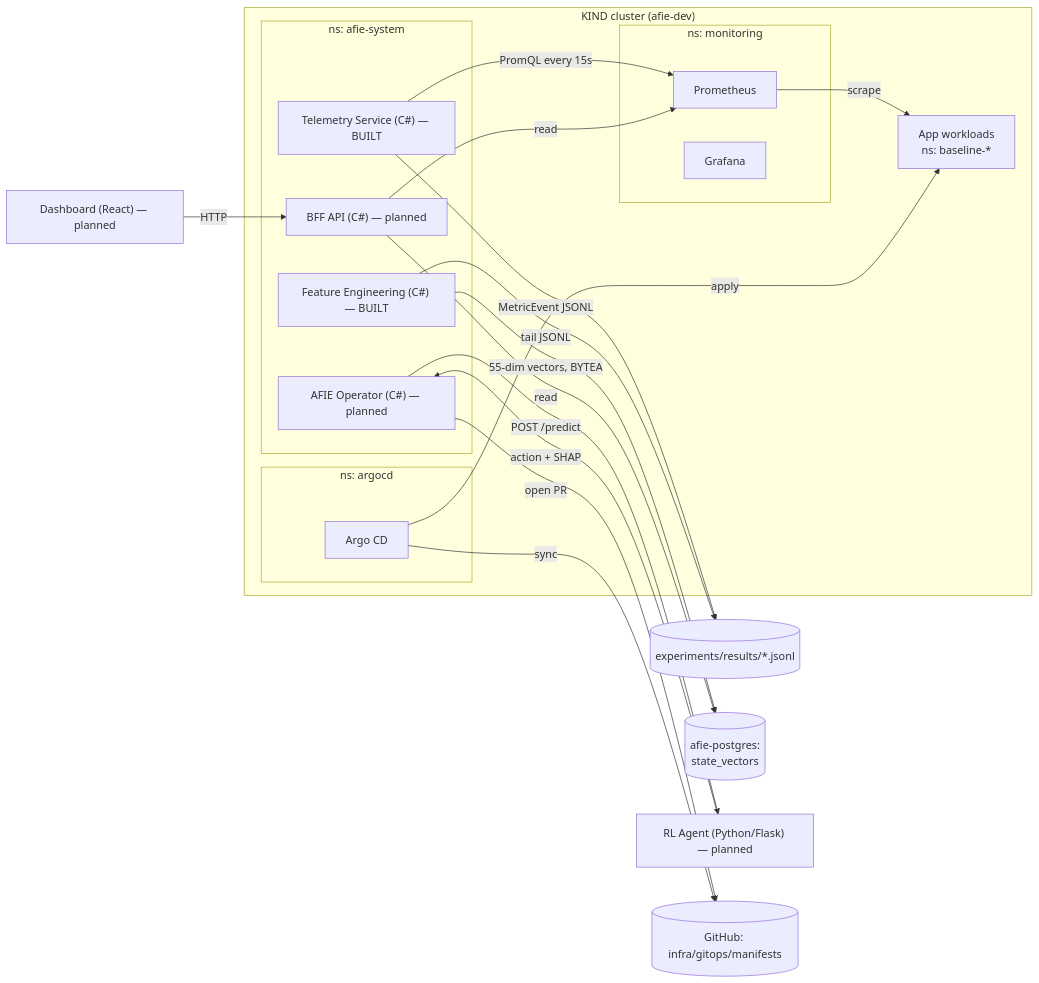
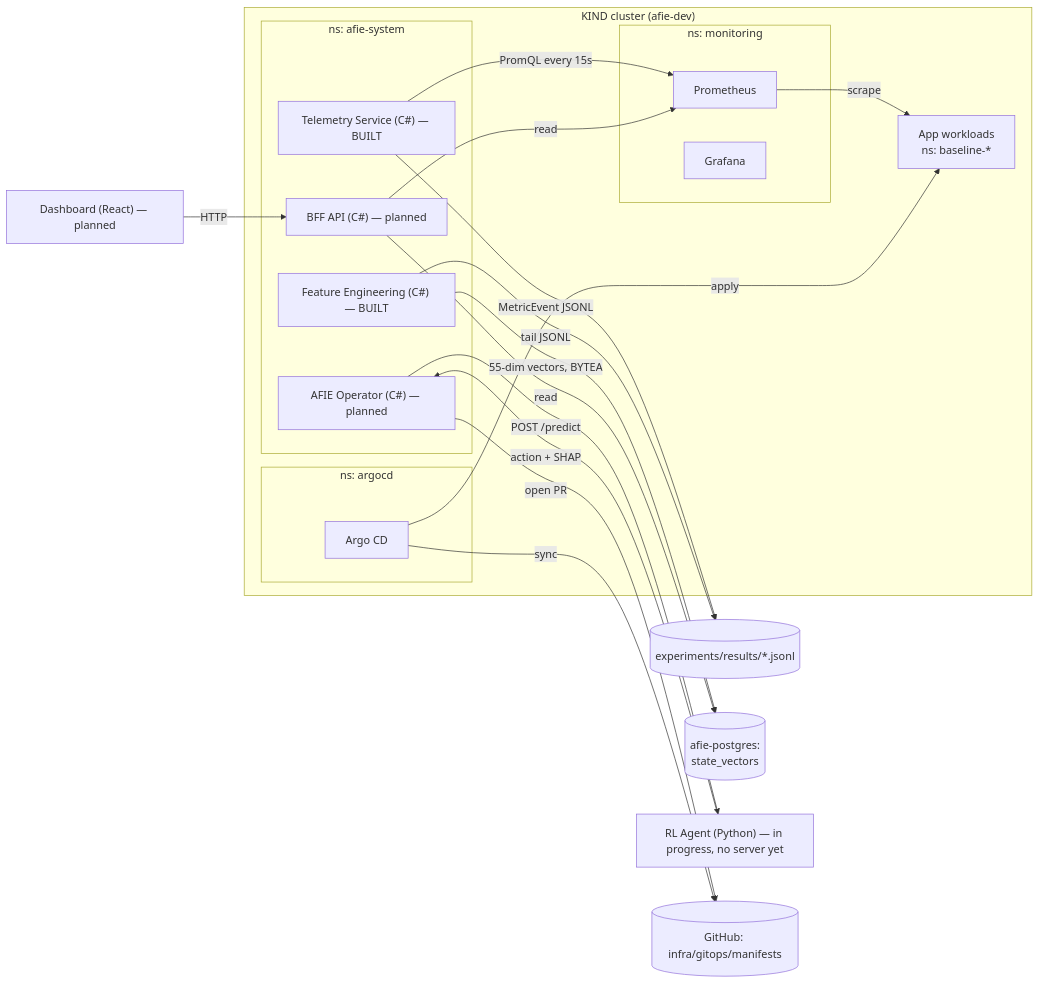
The first of 2 diagrams in docs/architecture.md (ravin00/AFIE), drawn with Mermaid before and after one commit. The commit also changed other lines of this file and 6 other files, not shown here.

First line of the commit message:
docs: Update development, feature engineering, infrastructure, roadmap, and telemetry service documentation

````diff
--- a/docs/architecture.md
+++ b/docs/architecture.md
@@ -17,37 +17,37 @@
 ```mermaid
 flowchart LR
     subgraph K8s["KIND cluster (afie-dev)"]
         subgraph MonNS["ns: monitoring"]
             Prom[Prometheus]
             Graf[Grafana]
         end
         subgraph AfieNS["ns: afie-system"]
             Tel["Telemetry Service (C#) — BUILT"]
             Feat["Feature Engineering (C#) — BUILT"]
             Op["AFIE Operator (C#) — planned"]
             BFF["BFF API (C#) — planned"]
         end
         subgraph Argo["ns: argocd"]
             ArgoCD[Argo CD]
         end
         Workloads[App workloads<br/>ns: baseline-*]
     end
 
     Prom -->|scrape| Workloads
     Tel -->|PromQL every 15s| Prom
     Tel -->|MetricEvent JSONL| Sink[(experiments/results/*.jsonl)]
     Feat -->|tail JSONL| Sink
     Feat -->|55-dim vectors, BYTEA| PG[(afie-postgres:<br/>state_vectors)]
 
-    RL["RL Agent (Python/Flask) — planned"]
+    RL["RL Agent (Python) — in progress, no server yet"]
     Op -->|POST /predict| RL
     RL -->|action + SHAP| Op
     Op -->|open PR| Git[(GitHub: infra/gitops/manifests)]
     ArgoCD -->|sync| Git
     ArgoCD -->|apply| Workloads
 
     Dash["Dashboard (React) — planned"]
     BFF -->|read| PG
     BFF -->|read| Prom
     Dash -->|HTTP| BFF
 ```
````
